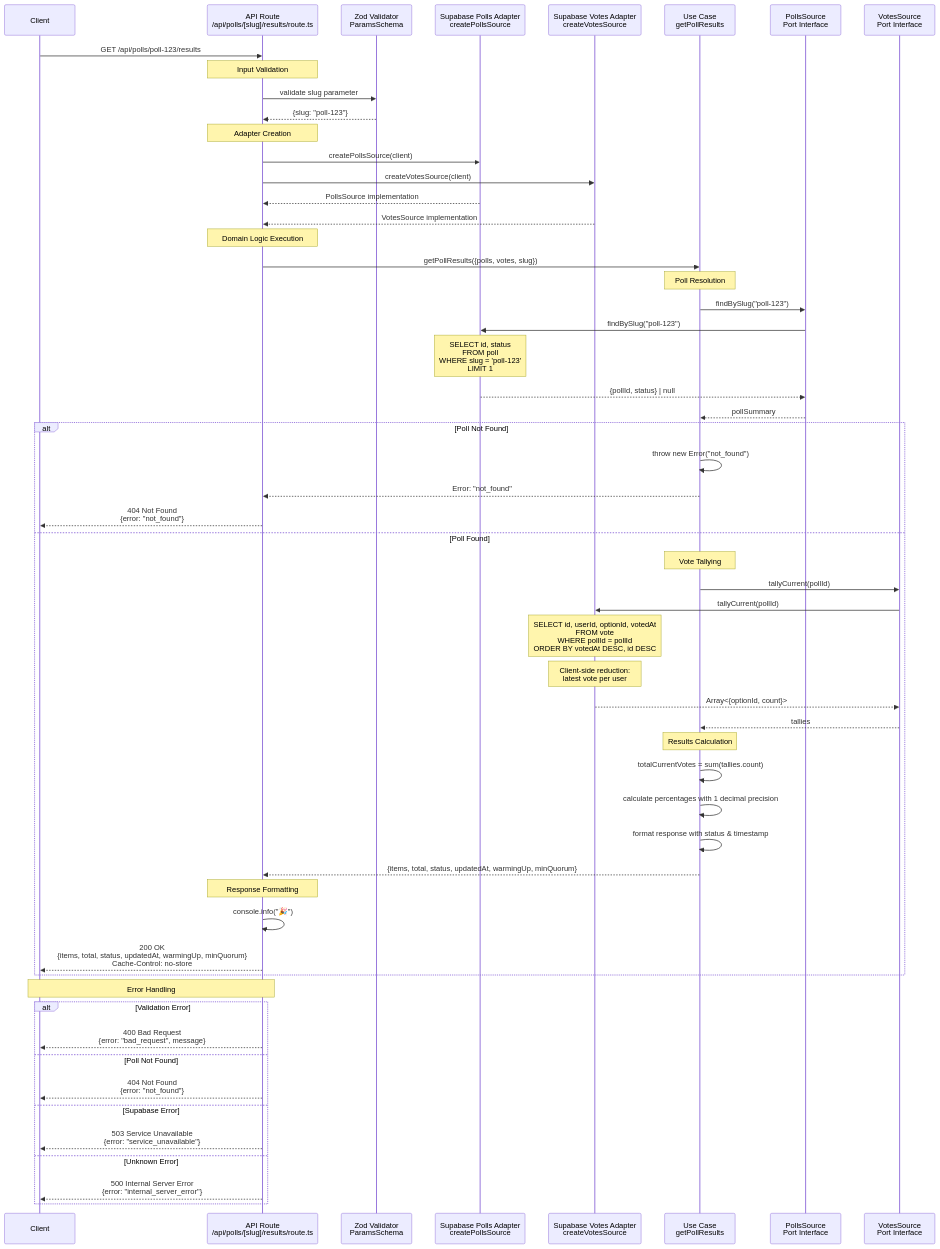
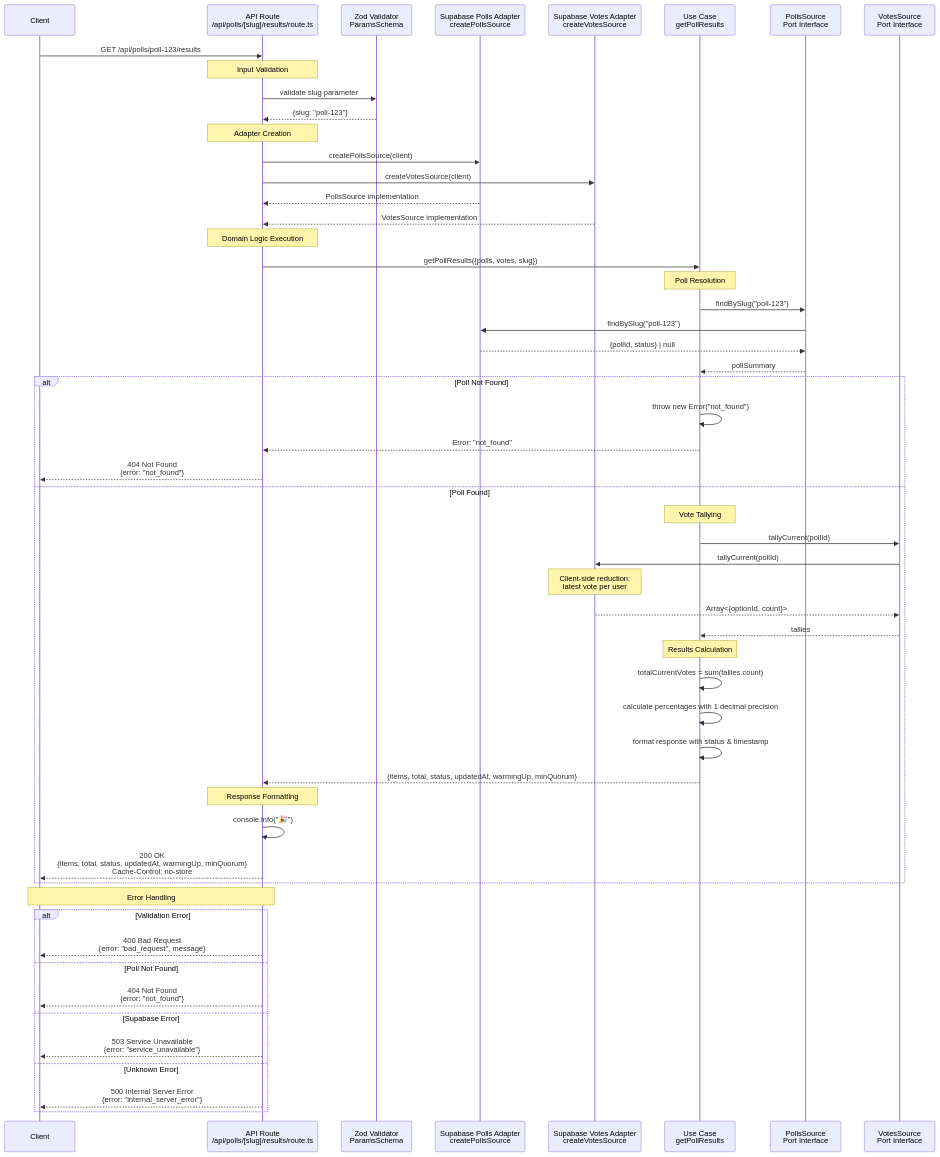
The diagram in .github/sequence-diagrams/get-poll-results.md (sandbox-as-a-service/directional-sentiment), drawn with Mermaid before and after one commit. The commit also changed 2 other files, not shown here.

Commit message:
refactor: remove unnecessary SQL notes from sequence diagrams for clarity

````diff
--- a/.github/sequence-diagrams/get-poll-results.md
+++ b/.github/sequence-diagrams/get-poll-results.md
@@ -5,73 +5,71 @@
 ```mermaid
 sequenceDiagram
     participant Client
     participant Route as API Route<br/>/api/polls/[slug]/results/route.ts
     participant Zod as Zod Validator<br/>ParamsSchema
     participant SupabasePollsAdapter as Supabase Polls Adapter<br/>createPollsSource
     participant SupabaseVotesAdapter as Supabase Votes Adapter<br/>createVotesSource
     participant UseCase as Use Case<br/>getPollResults
     participant PollsSource as PollsSource<br/>Port Interface
     participant VotesSource as VotesSource<br/>Port Interface
 
     Client->>Route: GET /api/polls/poll-123/results
 
     Note over Route: Input Validation
     Route->>Zod: validate slug parameter
     Zod-->>Route: {slug: "poll-123"}
 
     Note over Route: Adapter Creation
     Route->>SupabasePollsAdapter: createPollsSource(client)
     Route->>SupabaseVotesAdapter: createVotesSource(client)
     SupabasePollsAdapter-->>Route: PollsSource implementation
     SupabaseVotesAdapter-->>Route: VotesSource implementation
 
     Note over Route: Domain Logic Execution
     Route->>UseCase: getPollResults({polls, votes, slug})
 
     Note over UseCase: Poll Resolution
     UseCase->>PollsSource: findBySlug("poll-123")
 
     PollsSource->>SupabasePollsAdapter: findBySlug("poll-123")
-    Note over SupabasePollsAdapter: SELECT id, status<br/>FROM poll<br/>WHERE slug = 'poll-123'<br/>LIMIT 1
     SupabasePollsAdapter-->>PollsSource: {pollId, status} | null
 
     PollsSource-->>UseCase: pollSummary
 
     alt Poll Not Found
         UseCase->>UseCase: throw new Error("not_found")
         UseCase-->>Route: Error: "not_found"
         Route-->>Client: 404 Not Found<br/>{error: "not_found"}
     else Poll Found
         Note over UseCase: Vote Tallying
         UseCase->>VotesSource: tallyCurrent(pollId)
 
         VotesSource->>SupabaseVotesAdapter: tallyCurrent(pollId)
-        Note over SupabaseVotesAdapter: SELECT id, userId, optionId, votedAt<br/>FROM vote<br/>WHERE pollId = pollId<br/>ORDER BY votedAt DESC, id DESC
         Note over SupabaseVotesAdapter: Client-side reduction:<br/>latest vote per user
         SupabaseVotesAdapter-->>VotesSource: Array<{optionId, count}>
 
         VotesSource-->>UseCase: tallies
 
         Note over UseCase: Results Calculation
         UseCase->>UseCase: totalCurrentVotes = sum(tallies.count)
         UseCase->>UseCase: calculate percentages with 1 decimal precision
         UseCase->>UseCase: format response with status & timestamp
 
         UseCase-->>Route: {items, total, status, updatedAt, warmingUp, minQuorum}
 
         Note over Route: Response Formatting
         Route->>Route: console.info("🎉")
         Route-->>Client: 200 OK<br/>{items, total, status, updatedAt, warmingUp, minQuorum}<br/>Cache-Control: no-store
     end
 
     Note over Route,Client: Error Handling
     alt Validation Error
         Route-->>Client: 400 Bad Request<br/>{error: "bad_request", message}
     else Poll Not Found
         Route-->>Client: 404 Not Found<br/>{error: "not_found"}
     else Supabase Error
         Route-->>Client: 503 Service Unavailable<br/>{error: "service_unavailable"}
     else Unknown Error
         Route-->>Client: 500 Internal Server Error<br/>{error: "internal_server_error"}
     end
 ```
````
